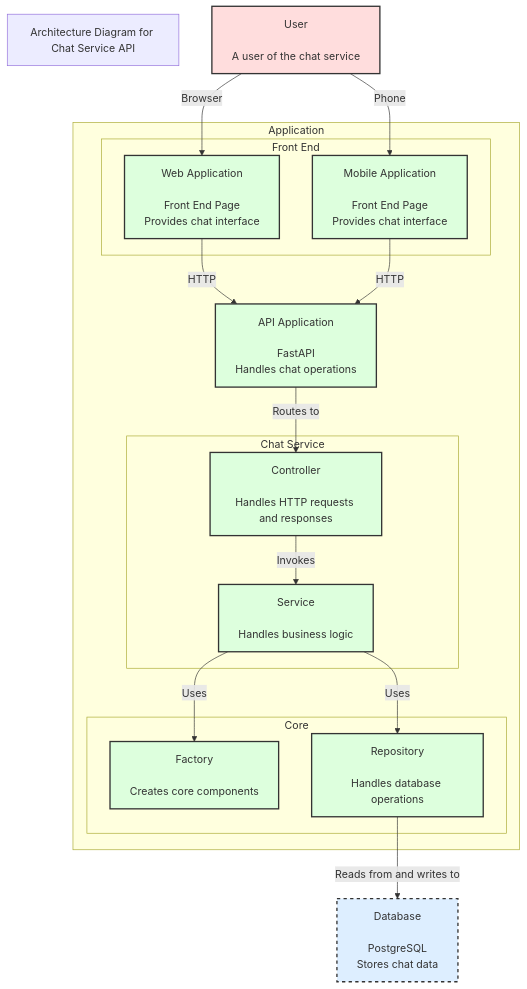
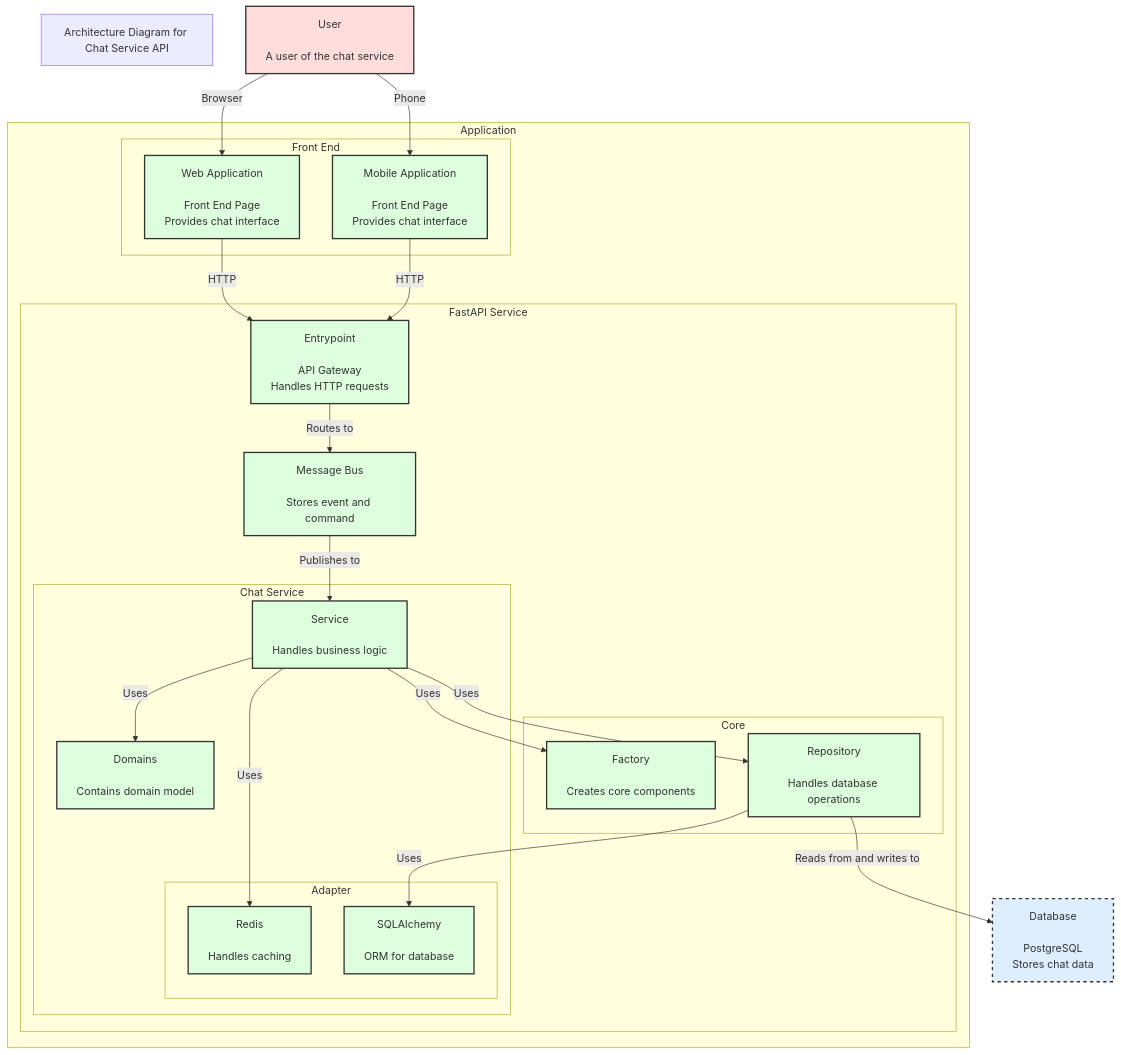
One commit to duchuyvp/skindex-test changed the diagram in docs/c4component.mmd. Above: the diagram before and after it, drawn with Mermaid.

Commit message:
refactor: Add cleanup listener for room disconnection

```diff
--- a/docs/c4component.mmd
+++ b/docs/c4component.mmd
@@ -1,40 +1,52 @@
 flowchart TB
     %% Title
     title["Architecture Diagram for Chat Service API"]
     
     %% Define styles
     classDef person fill:#ffdddd,stroke:#333,stroke-width:2px;
     classDef database fill:#ddeeff,stroke:#333,stroke-width:2px,stroke-dasharray: 5;
     classDef container fill:#ddffdd,stroke:#333,stroke-width:2px;
     classDef boundary stroke:#999,stroke-width:2px,stroke-dasharray: 3;
     
     %% Define elements
     user["User\n\nA user of the chat service"]:::person
     database["Database\n\nPostgreSQL\nStores chat data"]:::database
     
     subgraph Application_Boundary["Application"]
         subgraph Front_End["Front End"]
             web_app["Web Application\n\nFront End Page\nProvides chat interface"]:::container
             mobile_app["Mobile Application\n\nFront End Page\nProvides chat interface"]:::container
         end
-        api_service["API Application\n\nFastAPI\nHandles chat operations"]:::container
-        subgraph Core["Core"]
-            core_factory["Factory\n\nCreates core components"]:::container
-            core_repository["Repository\n\nHandles database operations"]:::container
-        end
-        subgraph Chat_Service["Chat Service"]
-            chat_controller["Controller\n\nHandles HTTP requests and responses"]:::container
-            chat_service["Service\n\nHandles business logic"]:::container
+        subgraph FastAPI_Service["FastAPI Service"]
+            api_service["Entrypoint\n\nAPI Gateway\nHandles HTTP requests"]:::container
+            message_bus["Message Bus\n\nStores event and command"]:::container
+            subgraph Core["Core"]
+                core_factory["Factory\n\nCreates core components"]:::container
+                core_repository["Repository\n\nHandles database operations"]:::container
+            end
+            subgraph Chat_Service["Chat Service"]
+                domains["Domains\n\nContains domain model"]:::container
+                subgraph Adapter["Adapter"]
+                    redis["Redis\n\nHandles caching"]:::container
+                    sqlalchemy["SQLAlchemy\n\nORM for database"]:::container
+                end
+                service["Service\n\nHandles business logic"]:::container
+            end
         end
     end
     
+ 
     %% Define relationships
     user -->|Browser| web_app
     user -->|Phone| mobile_app
     web_app -->|HTTP| api_service
     mobile_app -->|HTTP| api_service
-    api_service -->|Routes to| chat_controller
-    chat_controller -->|Invokes| chat_service
+    api_service -->|Routes to| message_bus
+
+    message_bus -->|Publishes to| service
+    service -->|Uses| core_factory
+    service -->|Uses| core_repository
+    service -->|Uses| domains
+    service -->|Uses| redis
+    core_repository -->|Uses| sqlalchemy
     core_repository -->|Reads from and writes to| database
-    chat_service -->|Uses| core_factory
-    chat_service -->|Uses| core_repository
```
